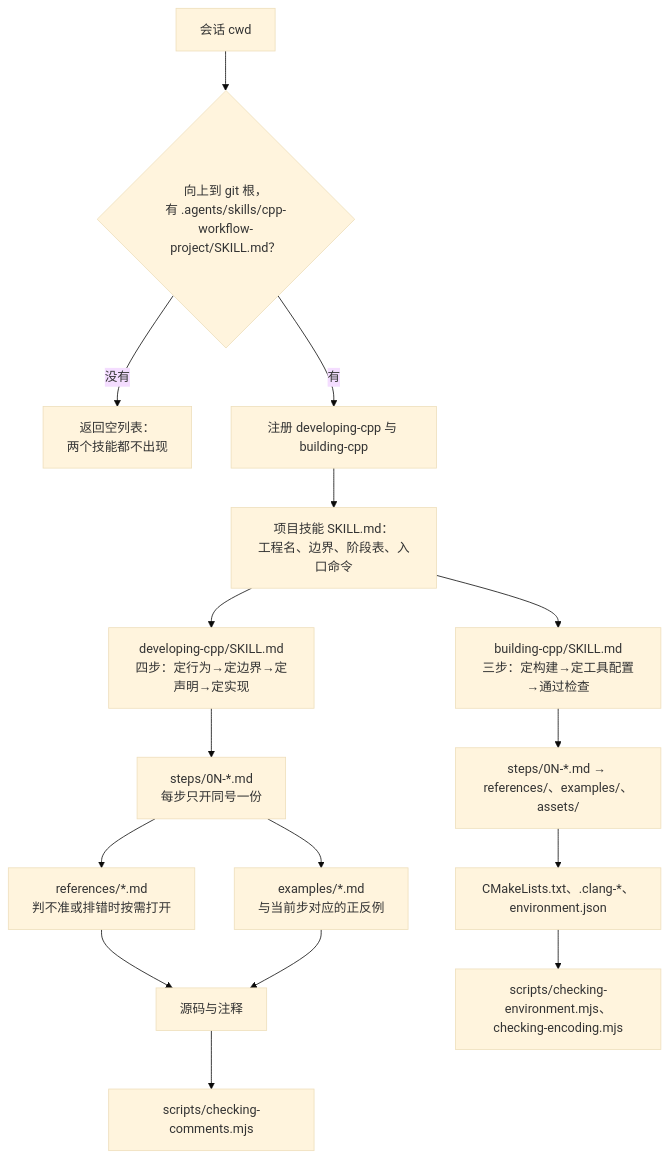
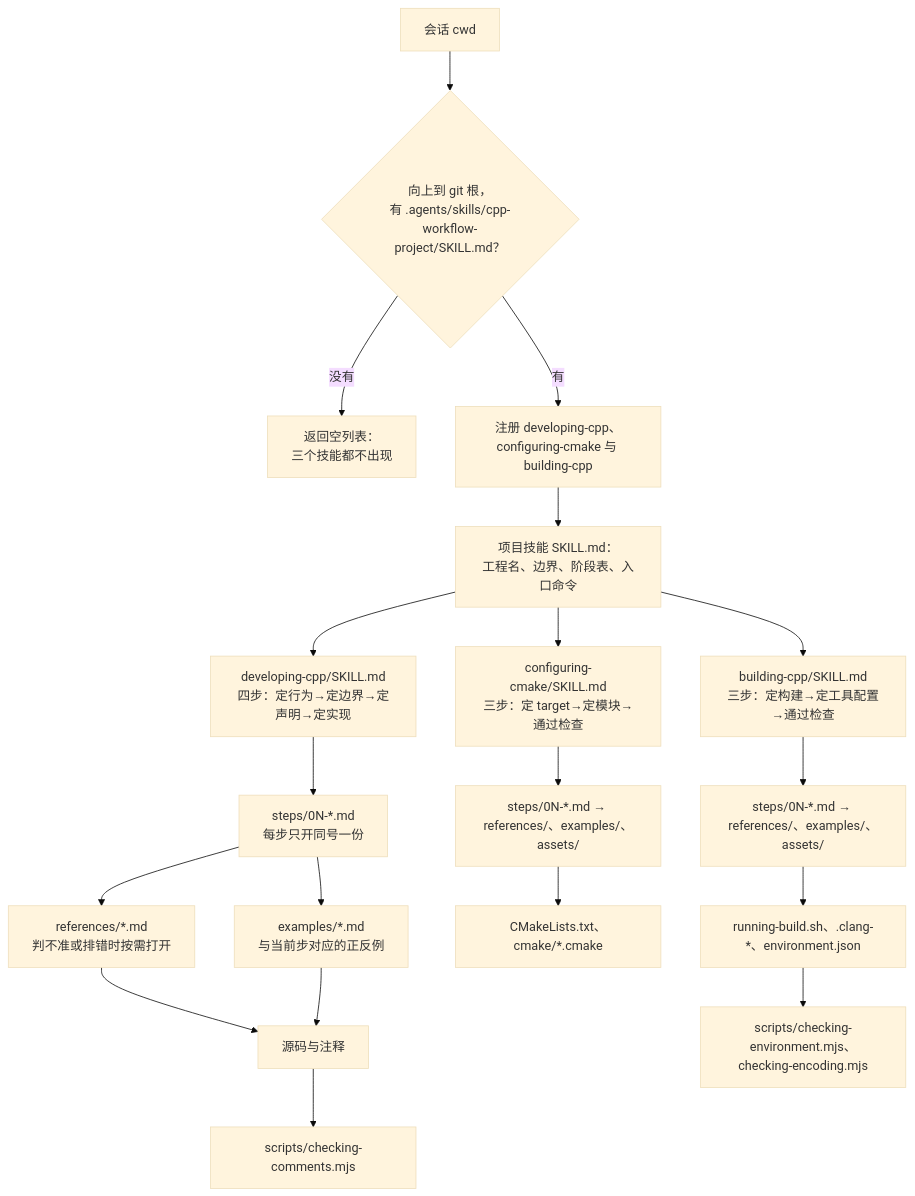
One commit to chengzhao-dev/dsh-cpp-workflow changed the diagram in docs/architecture.md. Above: the diagram before and after it, drawn with Mermaid (base theme). The commit also changed other lines of this file and 47 other files, not shown here.

First line of the commit message:
feat(workflow): 拆出 configuring-cmake 并升版 0.5.0

````diff
--- a/docs/architecture.md
+++ b/docs/architecture.md
@@ -7,18 +7,21 @@
 ```mermaid
 flowchart TD
     A["会话 cwd"] --> B{"向上到 git 根，<br/>有 .agents/skills/cpp-workflow-project/SKILL.md？"}
-    B -- 没有 --> C["返回空列表：<br/>两个技能都不出现"]
-    B -- 有 --> D["注册 developing-cpp 与 building-cpp"]
+    B -- 没有 --> C["返回空列表：<br/>三个技能都不出现"]
+    B -- 有 --> D["注册 developing-cpp、configuring-cmake 与 building-cpp"]
     D --> E["项目技能 SKILL.md：<br/>工程名、边界、阶段表、入口命令"]
     E --> F["developing-cpp/SKILL.md<br/>四步：定行为→定边界→定声明→定实现"]
     F --> G["steps/0N-*.md<br/>每步只开同号一份"]
     G --> H["references/*.md<br/>判不准或排错时按需打开"]
     G --> I["examples/*.md<br/>与当前步对应的正反例"]
     H --> J["源码与注释"]
     I --> J
     J --> K["scripts/checking-comments.mjs"]
+    E --> P["configuring-cmake/SKILL.md<br/>三步：定 target→定模块→通过检查"]
+    P --> Q["steps/0N-*.md → references/、examples/、assets/"]
+    Q --> R["CMakeLists.txt、cmake/*.cmake"]
     E --> L["building-cpp/SKILL.md<br/>三步：定构建→定工具配置→通过检查"]
     L --> M["steps/0N-*.md → references/、examples/、assets/"]
-    M --> N["CMakeLists.txt、.clang-*、environment.json"]
+    M --> N["running-build.sh、.clang-*、environment.json"]
     N --> O["scripts/checking-environment.mjs、checking-encoding.mjs"]
 ```
````
